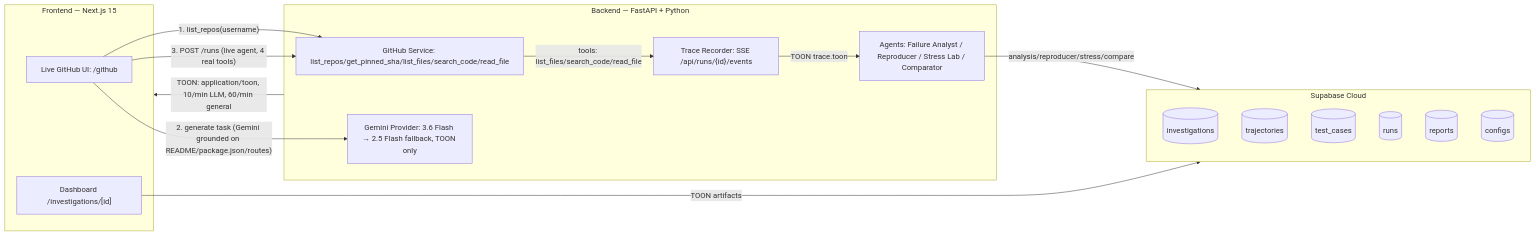
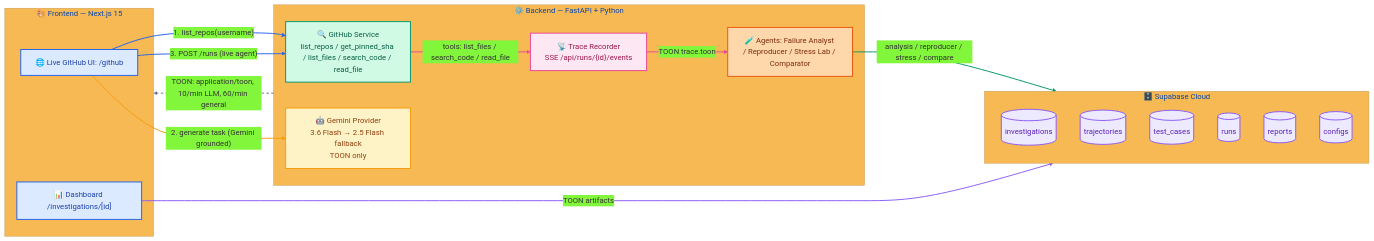
The diagram in README.md (aviralsrivastava851/Repo-Forge), drawn with Mermaid before and after one commit.

Commit message:
docs: colorful mermaid architecture — frontend blue, backend green, Gemini amber, trace pink, Supabase purple + icons

````diff
--- a/README.md
+++ b/README.md
@@ -25,29 +25,53 @@
 ```mermaid
+%%{init: {'theme':'base', 'themeVariables': {'primaryColor':'#3B82F6','lineColor':'#64748B'}}}%%
 flowchart LR
-    subgraph FE ["Frontend — Next.js 15"]
-      G["Live GitHub UI: /github"]
-      D["Dashboard /investigations/[id]"]
+    subgraph FE ["🎨 Frontend — Next.js 15"]
+      G["🌐 Live GitHub UI: /github"]
+      D["📊 Dashboard /investigations/[id]"]
     end
-    subgraph BE ["Backend — FastAPI + Python"]
-      GH["GitHub Service: list_repos/get_pinned_sha/list_files/search_code/read_file"]
-      GM["Gemini Provider: 3.6 Flash → 2.5 Flash fallback, TOON only"]
-      AG["Agents: Failure Analyst / Reproducer / Stress Lab / Comparator"]
-      TR["Trace Recorder: SSE /api/runs/{id}/events"]
+    subgraph BE ["⚙️ Backend — FastAPI + Python"]
+      GH["🔍 GitHub Service<br/>list_repos / get_pinned_sha / list_files / search_code / read_file"]
+      GM["🤖 Gemini Provider<br/>3.6 Flash → 2.5 Flash fallback<br/>TOON only"]
+      AG["🧪 Agents: Failure Analyst / Reproducer / Stress Lab / Comparator"]
+      TR["📡 Trace Recorder<br/>SSE /api/runs/{id}/events"]
     end
-    subgraph DB ["Supabase Cloud"]
+    subgraph DB ["🗄️ Supabase Cloud"]
       INV[(investigations)]
       TRAJ[(trajectories)]
       CASES[(test_cases)]
       RUNS[(runs)]
       REP[(reports)]
       CONF[(configs)]
     end
     G -- "1. list_repos(username)" --> GH
-    G -- "2. generate task (Gemini grounded on README/package.json/routes)" --> GM
-    G -- "3. POST /runs (live agent, 4 real tools)" --> GH
-    GH -- "tools: list_files/search_code/read_file" --> TR
+    G -- "2. generate task (Gemini grounded)" --> GM
+    G -- "3. POST /runs (live agent)" --> GH
+    GH -- "tools: list_files / search_code / read_file" --> TR
     TR -- "TOON trace.toon" --> AG
-    AG -- "analysis/reproducer/stress/compare" --> DB
+    AG -- "analysis / reproducer / stress / compare" --> DB
     D -- "TOON artifacts" --> DB
     BE -- "TOON: application/toon, 10/min LLM, 60/min general" --> FE
+
+    classDef frontend fill:#DBEAFE,stroke:#2563EB,stroke-width:2px,color:#1E40AF
+    classDef backend fill:#D1FAE5,stroke:#059669,stroke-width:2px,color:#065F46
+    classDef gemini fill:#FEF3C7,stroke:#F59E0B,stroke-width:2px,color:#92400E
+    classDef agents fill:#FED7AA,stroke:#EA580C,stroke-width:2px,color:#7C2D12
+    classDef trace fill:#FCE7F3,stroke:#EC4899,stroke-width:2px,color:#9D174D
+    classDef database fill:#EDE9FE,stroke:#8B5CF6,stroke-width:2px,color:#5B21B6
+
+    class G,D frontend
+    class GH backend
+    class GM gemini
+    class AG agents
+    class TR trace
+    class INV,TRAJ,CASES,RUNS,REP,CONF database
+
+    linkStyle 0 stroke:#2563EB,stroke-width:2px
+    linkStyle 1 stroke:#F59E0B,stroke-width:2px
+    linkStyle 2 stroke:#2563EB,stroke-width:2px
+    linkStyle 3 stroke:#EC4899,stroke-width:2px
+    linkStyle 4 stroke:#EC4899,stroke-width:2px
+    linkStyle 5 stroke:#059669,stroke-width:2px
+    linkStyle 6 stroke:#8B5CF6,stroke-width:2px
+    linkStyle 7 stroke:#64748B,stroke-width:2px,stroke-dasharray: 5 5
 ```
````
